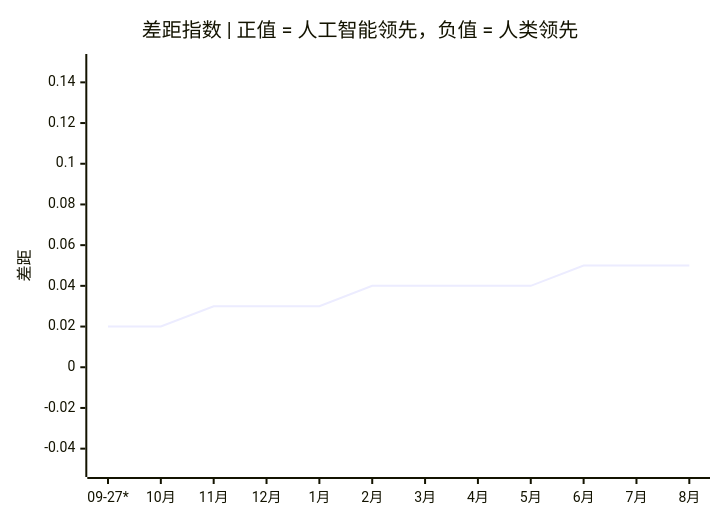
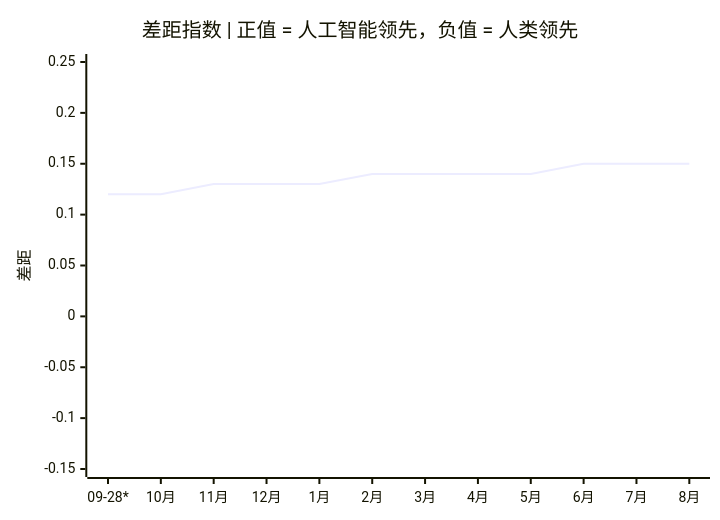
One commit to VQQLK/Human-AI-Monitor changed the second of 2 diagrams in README.zh.md. Above: the diagram before and after it, drawn with Mermaid. The commit also changed other lines of this file and 2 other files, not shown here.

````diff
--- a/README.zh.md
+++ b/README.zh.md
@@ -44,7 +45,7 @@
 ```mermaid
 xychart-beta
     title "差距指数 | 正值 = 人工智能领先，负值 = 人类领先"
-    x-axis ["09-27*", "10月", "11月", "12月", "1月", "2月", "3月", "4月", "5月", "6月", "7月", "8月"]
-    y-axis "差距" -0.05 --> 0.15
-    line [0.02, 0.02, 0.03, 0.03, 0.03, 0.04, 0.04, 0.04, 0.04, 0.05, 0.05, 0.05]
+    x-axis ["09-28*", "10月", "11月", "12月", "1月", "2月", "3月", "4月", "5月", "6月", "7月", "8月"]
+    y-axis "差距" -0.15 --> 0.25
+    line [0.12, 0.12, 0.13, 0.13, 0.13, 0.14, 0.14, 0.14, 0.14, 0.15, 0.15, 0.15]
 ```
````
